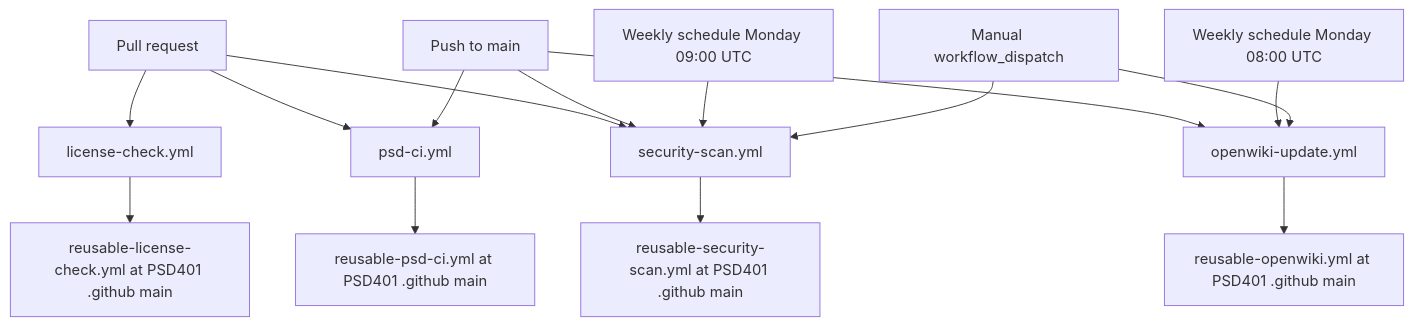
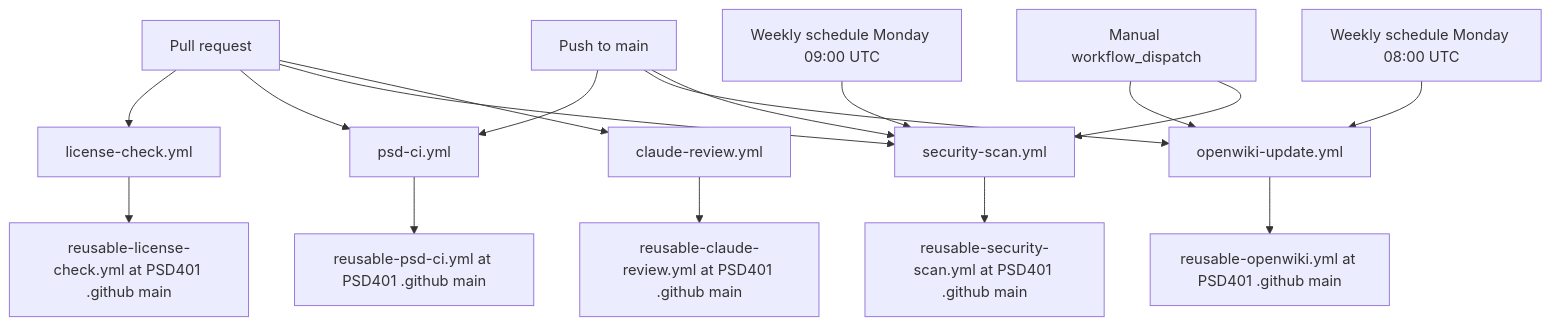
Before and after one commit to psd401/psd-standards-canary: the diagram in openwiki/delivery/ci-workflows.md, drawn with Mermaid. The commit also changed other lines of this file and 5 other files, not shown here.

````diff
--- a/openwiki/delivery/ci-workflows.md
+++ b/openwiki/delivery/ci-workflows.md
@@ -21,17 +21,19 @@
 ```mermaid
 flowchart TD
   PR["Pull request"] --> LC["license-check.yml"]
   PR --> CI["psd-ci.yml"]
   PR --> SS["security-scan.yml"]
+  PR --> CR["claude-review.yml"]
   PUSH["Push to main"] --> CI
   PUSH --> OW["openwiki-update.yml"]
   PUSH --> SS
   CRON["Weekly schedule Monday 08:00 UTC"] --> OW
   SCAN["Weekly schedule Monday 09:00 UTC"] --> SS
   MANUAL["Manual workflow_dispatch"] --> OW
   MANUAL --> SS
   CI --> RCI["reusable-psd-ci.yml at PSD401 .github main"]
   LC --> RLC["reusable-license-check.yml at PSD401 .github main"]
   OW --> ROW["reusable-openwiki.yml at PSD401 .github main"]
   SS --> RSS["reusable-security-scan.yml at PSD401 .github main"]
+  CR --> RCR["reusable-claude-review.yml at PSD401 .github main"]
 ```
````
